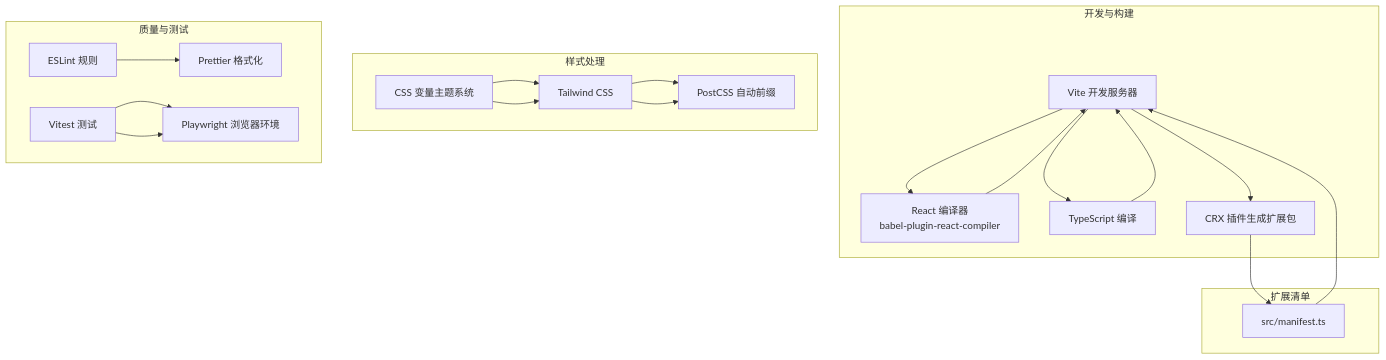
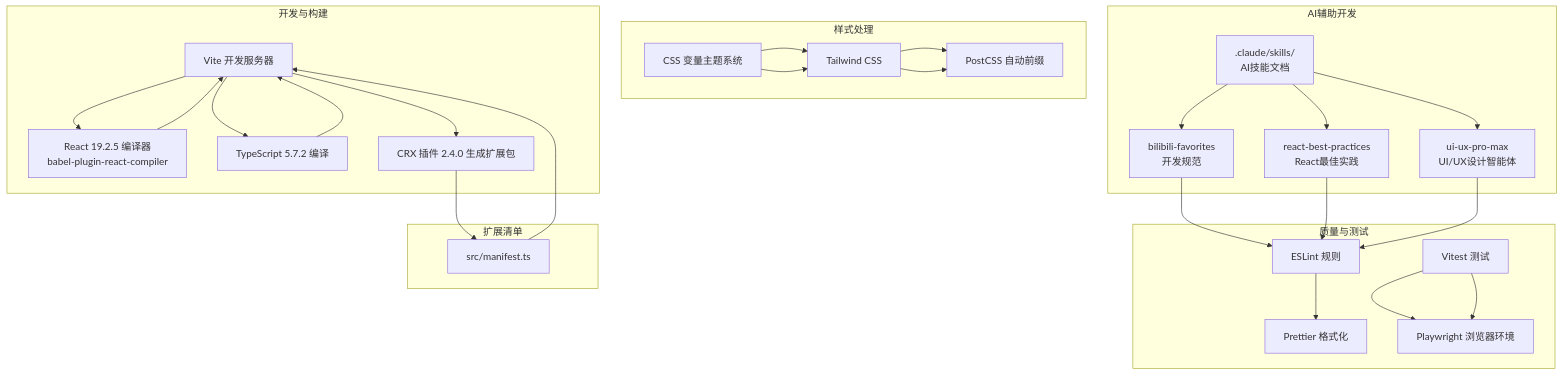
Before and after one commit to RadiumAg/bilibili-favorites: the second of 3 diagrams in .qoder/repowiki/zh/content/开发指南/开发指南.md, drawn with Mermaid. The commit also changed other lines of this file and 27 other files, not shown here.

````diff
--- a/.qoder/repowiki/zh/content/开发指南/开发指南.md
+++ b/.qoder/repowiki/zh/content/开发指南/开发指南.md
@@ -117,26 +135,34 @@
 ```mermaid
 graph TB
 subgraph "开发与构建"
-V["Vite 开发服务器"] --> R["React 编译器<br/>babel-plugin-react-compiler"]
-V --> T["TypeScript 编译"]
-V --> C["CRX 插件生成扩展包"]
+V["Vite 开发服务器"] --> R["React 19.2.5 编译器<br/>babel-plugin-react-compiler"]
+V --> T["TypeScript 5.7.2 编译"]
+V --> C["CRX 插件 2.4.0 生成扩展包"]
 end
 subgraph "样式处理"
 TW["Tailwind CSS"] --> PC["PostCSS 自动前缀"]
 CSSVAR["CSS 变量主题系统"] --> TW
 end
 subgraph "质量与测试"
 ESL["ESLint 规则"] --> PRT["Prettier 格式化"]
 VT["Vitest 测试"] --> PW["Playwright 浏览器环境"]
 end
 subgraph "扩展清单"
 M["src/manifest.ts"]
 end
+subgraph "AI辅助开发"
+CLA[".claude/skills/<br/>AI技能文档"] --> BILIBILI["bilibili-favorites<br/>开发规范"]
+CLA --> REACTBP["react-best-practices<br/>React最佳实践"]
+CLA --> UIUX["ui-ux-pro-max<br/>UI/UX设计智能体"]
+end
 R --> V
 T --> V
 C --> M
 M --> V
 TW --> PC
 VT --> PW
 CSSVAR --> TW
+BILIBILI --> ESL
+REACTBP --> ESL
+UIUX --> ESL
 ```
````
